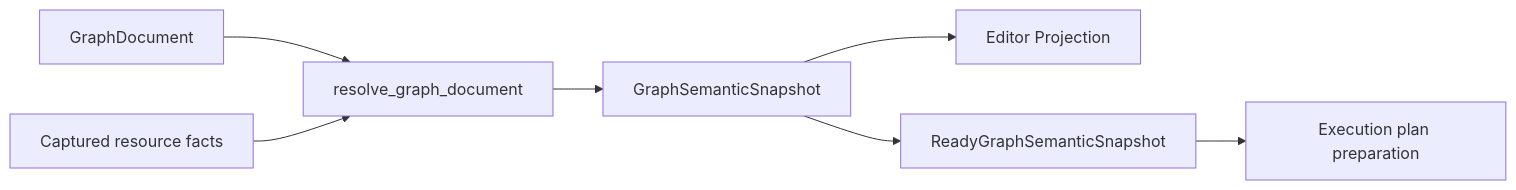
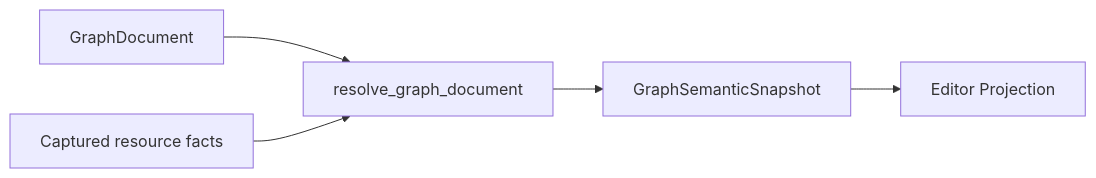
The diagram in crates/yss-graph-analysis/README.md (zhouyi207/YssBI), drawn with Mermaid before and after one commit. The commit also changed 206 other files, not shown here.

````diff
--- a/crates/yss-graph-analysis/README.md
+++ b/crates/yss-graph-analysis/README.md
@@ -85,9 +85,7 @@
 ```mermaid
 flowchart LR
   DOC[GraphDocument] --> RESOLVE[resolve_graph_document]
   RES[Captured resource facts] --> RESOLVE
   RESOLVE --> SNAPSHOT[GraphSemanticSnapshot]
   SNAPSHOT --> VIEW[Editor Projection]
-  SNAPSHOT --> READY[ReadyGraphSemanticSnapshot]
-  READY --> PREPARE[Execution plan preparation]
 ```
````
